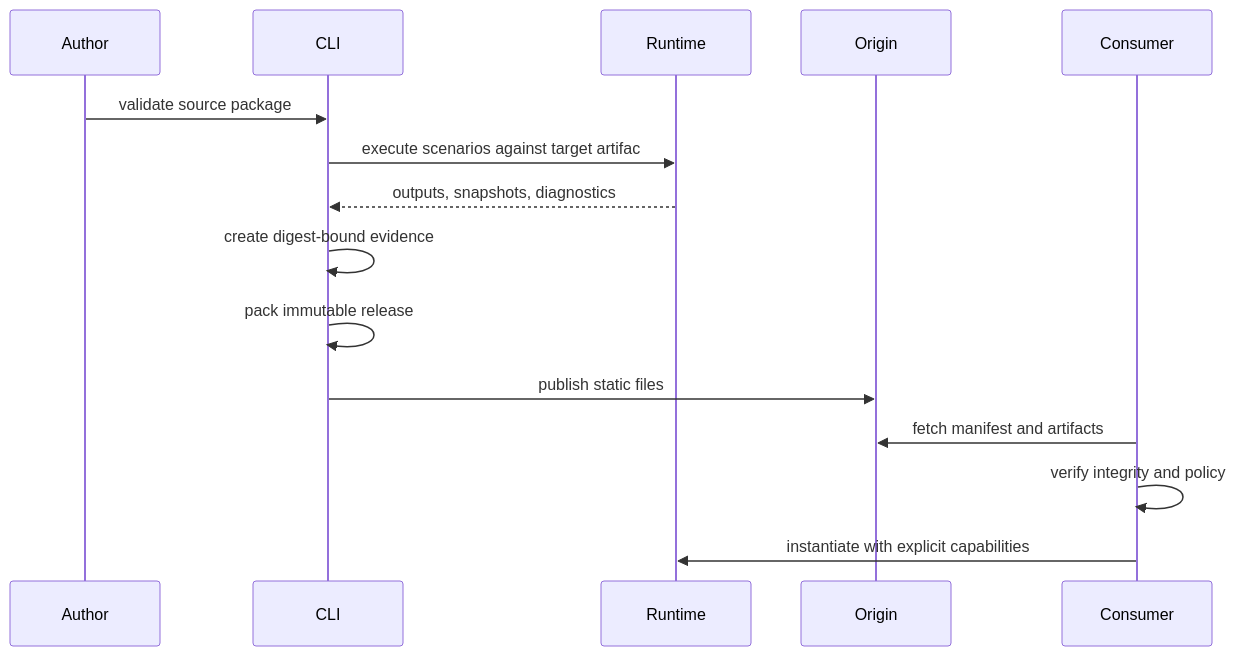
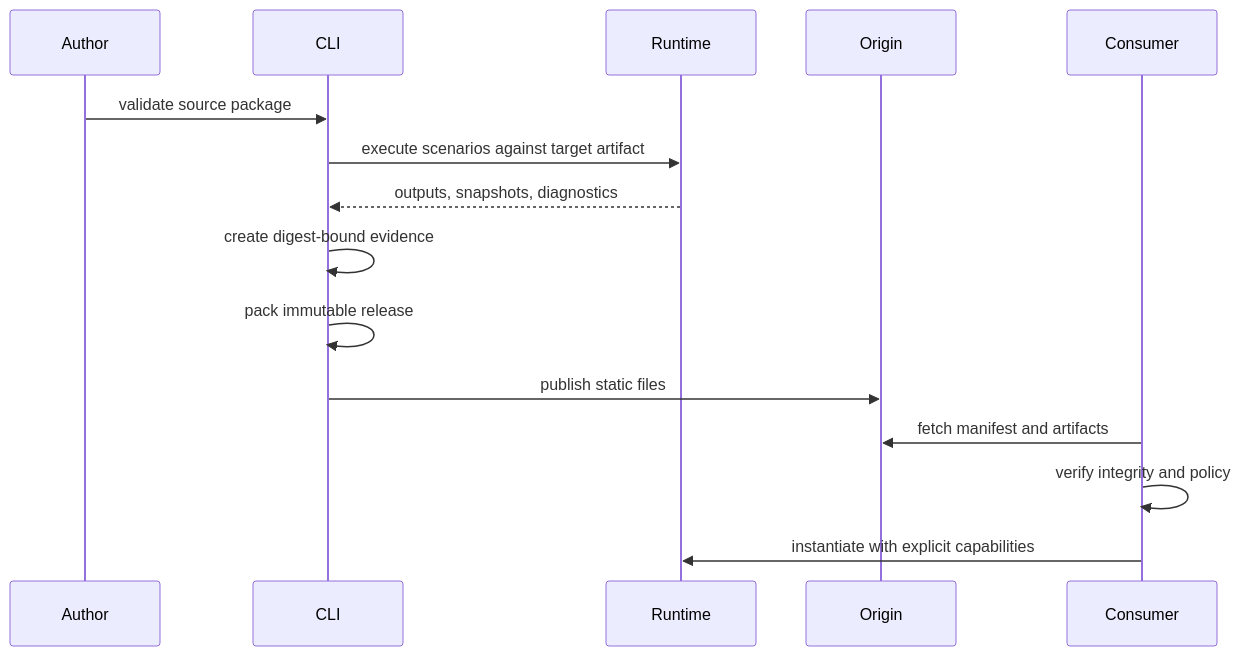
The second of 2 diagrams in docs/architecture.md (Pom4H/open-device), drawn with Mermaid before and after one commit. The commit also changed other lines of this file and 158 other files, not shown here.

First line of the commit message:
feat: implement workspace — core, runtime, scenario, spec, cli, playground, device examples

````diff
--- a/docs/architecture.md
+++ b/docs/architecture.md
@@ -124,18 +124,18 @@
 ```mermaid
 sequenceDiagram
     participant Author
     participant CLI
     participant Runtime
     participant Origin
     participant Consumer
 
     Author->>CLI: validate source package
-    CLI->>Runtime: execute scenarios against target artifac
+    CLI->>Runtime: execute scenarios against target artifact
     Runtime-->>CLI: outputs, snapshots, diagnostics
     CLI->>CLI: create digest-bound evidence
     CLI->>CLI: pack immutable release
     CLI->>Origin: publish static files
     Consumer->>Origin: fetch manifest and artifacts
     Consumer->>Consumer: verify integrity and policy
     Consumer->>Runtime: instantiate with explicit capabilities
 ```
````
